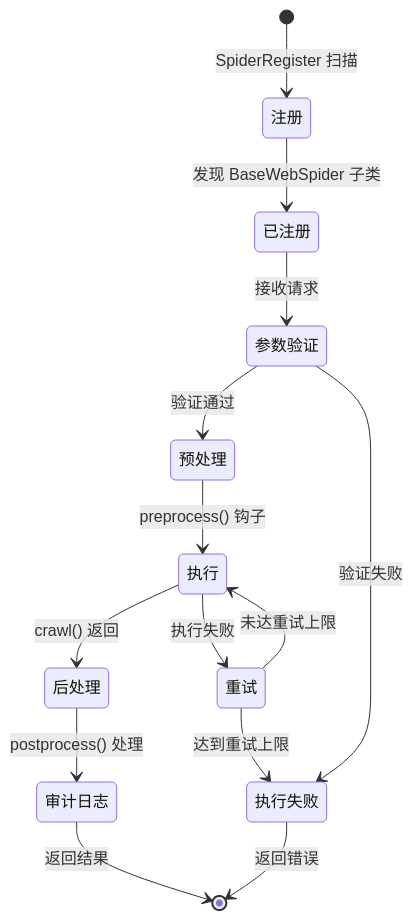
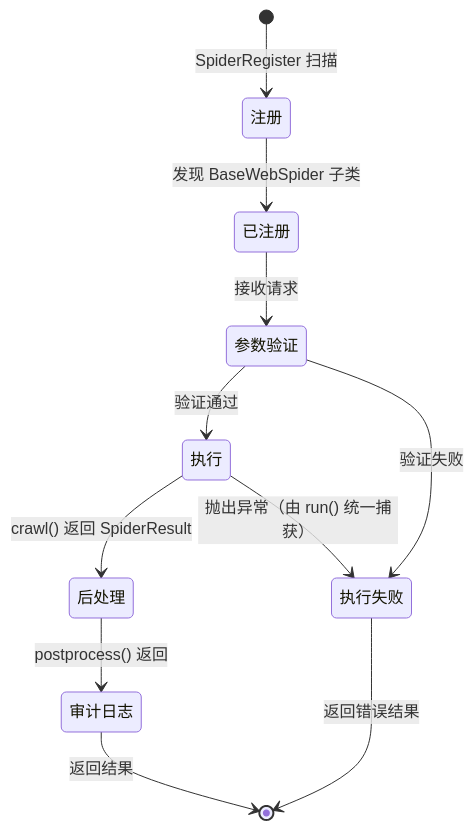
Before and after one commit to noimank/OmniData: the diagram in docs/architecture/spider-lifecycle.md, drawn with Mermaid. The commit also changed other lines of this file and 16 other files, not shown here.

````diff
--- a/docs/architecture/spider-lifecycle.md
+++ b/docs/architecture/spider-lifecycle.md
@@ -9,16 +9,13 @@
 ```mermaid
 stateDiagram-v2
     [*] --> 注册: SpiderRegister 扫描
     注册 --> 已注册: 发现 BaseWebSpider 子类
     已注册 --> 参数验证: 接收请求
-    参数验证 --> 预处理: 验证通过
+    参数验证 --> 执行: 验证通过
     参数验证 --> 执行失败: 验证失败
-    预处理 --> 执行: preprocess() 钩子
-    执行 --> 后处理: crawl() 返回
-    执行 --> 重试: 执行失败
-    重试 --> 执行: 未达重试上限
-    重试 --> 执行失败: 达到重试上限
-    后处理 --> 审计日志: postprocess() 处理
+    执行 --> 后处理: crawl() 返回 SpiderResult
+    执行 --> 执行失败: 抛出异常（由 run() 统一捕获）
+    后处理 --> 审计日志: postprocess() 返回
     审计日志 --> [*]: 返回结果
-    执行失败 --> [*]: 返回错误
+    执行失败 --> [*]: 返回错误结果
 ```
````
